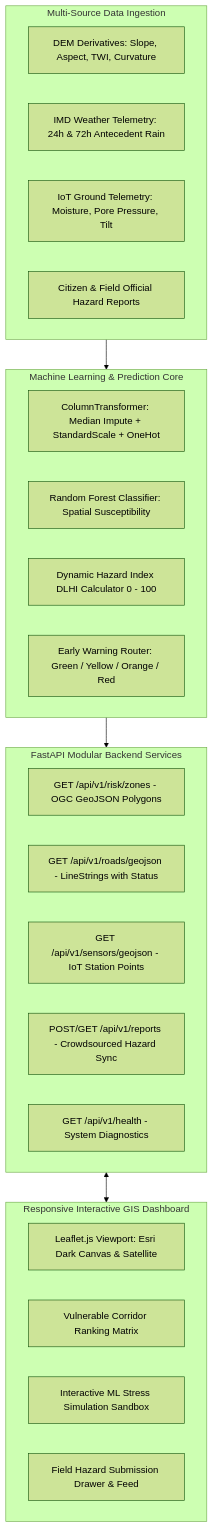
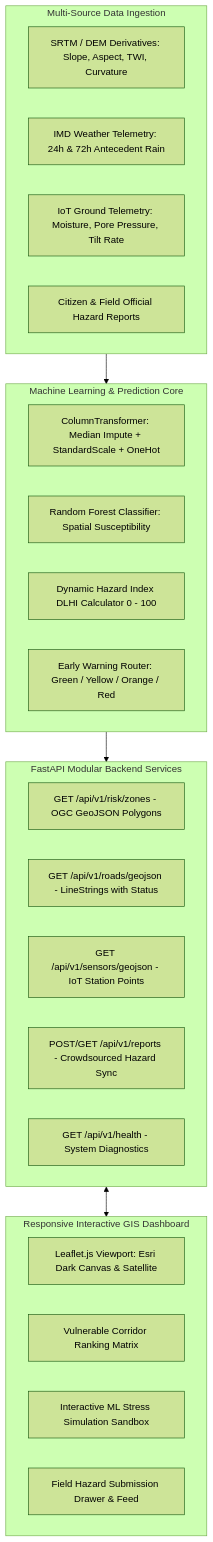
One commit to ranjithbrs/ner-landslide-early-warning changed the second of 2 diagrams in README.md. Above: the diagram before and after it, drawn with Mermaid (forest theme). The commit also changed other lines of this file, not shown here.

````diff
--- a/README.md
+++ b/README.md
@@ -46,35 +108,35 @@
 ```mermaid
 flowchart TD
     subgraph DataSources [Multi-Source Data Ingestion]
-        D1[DEM Derivatives: Slope, Aspect, TWI, Curvature]
+        D1[SRTM / DEM Derivatives: Slope, Aspect, TWI, Curvature]
         D2[IMD Weather Telemetry: 24h & 72h Antecedent Rain]
-        D3[IoT Ground Telemetry: Moisture, Pore Pressure, Tilt]
+        D3[IoT Ground Telemetry: Moisture, Pore Pressure, Tilt Rate]
         D4[Citizen & Field Official Hazard Reports]
     end
 
     subgraph MLEngine [Machine Learning & Prediction Core]
         M1[ColumnTransformer: Median Impute + StandardScale + OneHot]
         M2[Random Forest Classifier: Spatial Susceptibility]
         M3[Dynamic Hazard Index DLHI Calculator 0 - 100]
         M4[Early Warning Router: Green / Yellow / Orange / Red]
     end
 
     subgraph BackendAPI [FastAPI Modular Backend Services]
         B1[GET /api/v1/risk/zones - OGC GeoJSON Polygons]
         B2[GET /api/v1/roads/geojson - LineStrings with Status]
         B3[GET /api/v1/sensors/geojson - IoT Station Points]
         B4[POST/GET /api/v1/reports - Crowdsourced Hazard Sync]
         B5[GET /api/v1/health - System Diagnostics]
     end
 
     subgraph FrontendUI [Responsive Interactive GIS Dashboard]
         F1[Leaflet.js Viewport: Esri Dark Canvas & Satellite]
         F2[Vulnerable Corridor Ranking Matrix]
         F3[Interactive ML Stress Simulation Sandbox]
         F4[Field Hazard Submission Drawer & Feed]
     end
 
     DataSources --> MLEngine
     MLEngine --> BackendAPI
     BackendAPI <--> FrontendUI
 ```
````
